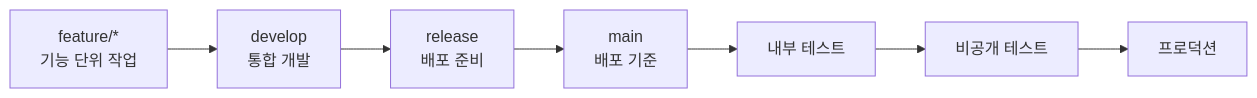
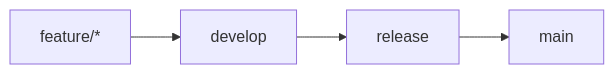
Before and after one commit to oppa073-hub/Animal-Ball-Fighter-Portfolio: diagram 11 of 11 in README.md, drawn with Mermaid. The commit also changed other lines of this file and 782 other files, not shown here.

````diff
--- a/README.md
+++ b/README.md
@@ -305,10 +424,6 @@
 ```mermaid
 flowchart LR
-    feature[feature/*<br/>기능 단위 작업] --> develop[develop<br/>통합 개발]
-    develop --> release[release<br/>배포 준비]
-    release --> main[main<br/>배포 기준]
-
-    main --> internal[내부 테스트]
-    internal --> closed[비공개 테스트]
-    closed --> production[프로덕션]
+    A[feature/*] --> B[develop]
+    B --> C[release]
+    C --> D[main]
 ```
````
